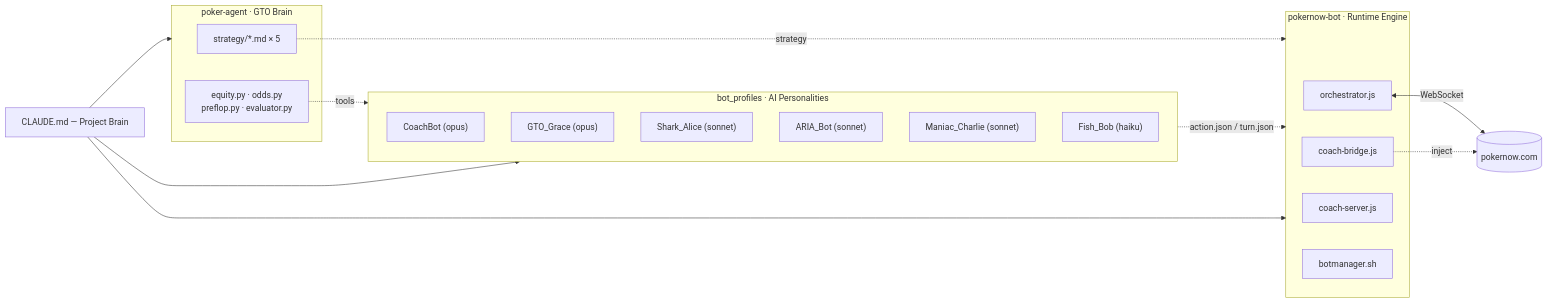
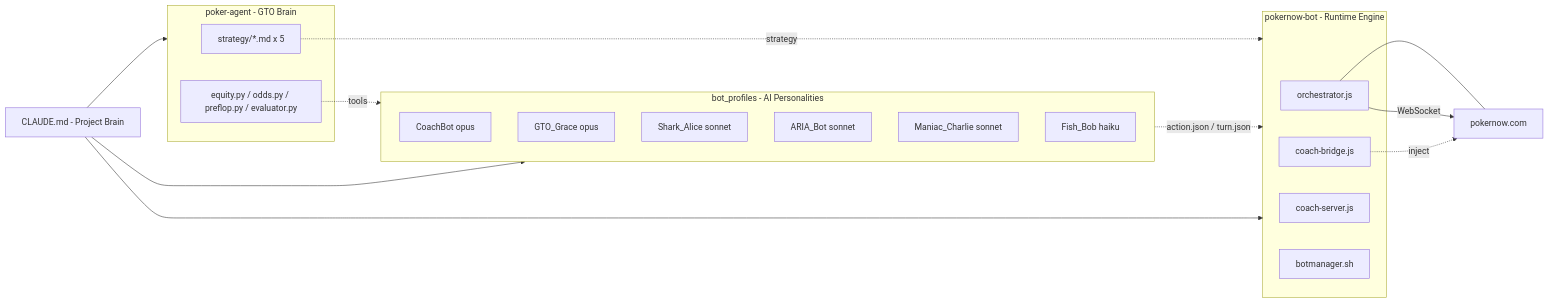
Before and after one commit to Trust-App-AI-Lab/PokerBot: the first of 3 diagrams in README.md, drawn with Mermaid. The commit also changed other lines of this file, not shown here.

First line of the commit message:
Fix mermaid diagram rendering on GitHub

````diff
--- a/README.md
+++ b/README.md
@@ -61,31 +61,34 @@
 ```mermaid
 flowchart LR
-    subgraph Engine["pokernow-bot · Runtime Engine"]
+    subgraph Engine["pokernow-bot - Runtime Engine"]
         Orch["orchestrator.js"]
         Bridge["coach-bridge.js"]
         Server["coach-server.js"]
         BMS["botmanager.sh"]
     end
 
-    subgraph Brain["poker-agent · GTO Brain"]
-        Strat["strategy/*.md × 5"]
-        Tools["equity.py · odds.py\npreflop.py · evaluator.py"]
+    subgraph Brain["poker-agent - GTO Brain"]
+        Strat["strategy/*.md x 5"]
+        Tools["equity.py / odds.py / preflop.py / evaluator.py"]
     end
 
-    subgraph Bots["bot_profiles · AI Personalities"]
-        CB["CoachBot (opus)"]
-        Grace["GTO_Grace (opus)"]
-        Alice["Shark_Alice (sonnet)"]
-        ARIA["ARIA_Bot (sonnet)"]
-        Charlie["Maniac_Charlie (sonnet)"]
-        Bob["Fish_Bob (haiku)"]
+    subgraph Bots["bot_profiles - AI Personalities"]
+        CB["CoachBot opus"]
+        Grace["GTO_Grace opus"]
+        Alice["Shark_Alice sonnet"]
+        ARIA["ARIA_Bot sonnet"]
+        Charlie["Maniac_Charlie sonnet"]
+        Bob["Fish_Bob haiku"]
     end
 
-    Orch <-->|WebSocket| PN[("pokernow.com")]
+    Orch --- PN["pokernow.com"]
+    Orch -->|WebSocket| PN
     Bridge -.->|inject| PN
     Strat -.->|strategy| Engine
     Tools -.->|tools| Bots
-    Bots -.->|"action.json / turn.json"| Engine
+    Bots -.->|action.json / turn.json| Engine
 
-    CM["CLAUDE.md — Project Brain"] --> Engine & Brain & Bots
+    CM["CLAUDE.md - Project Brain"] --> Engine
+    CM --> Brain
+    CM --> Bots
 ```
````
